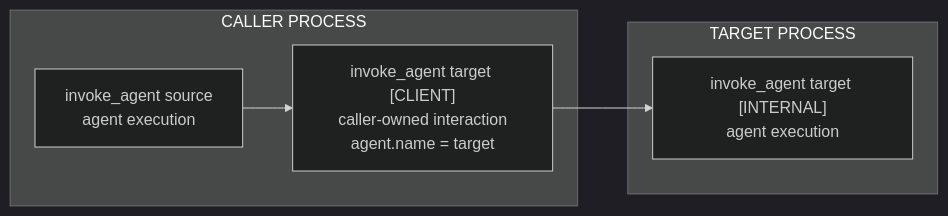
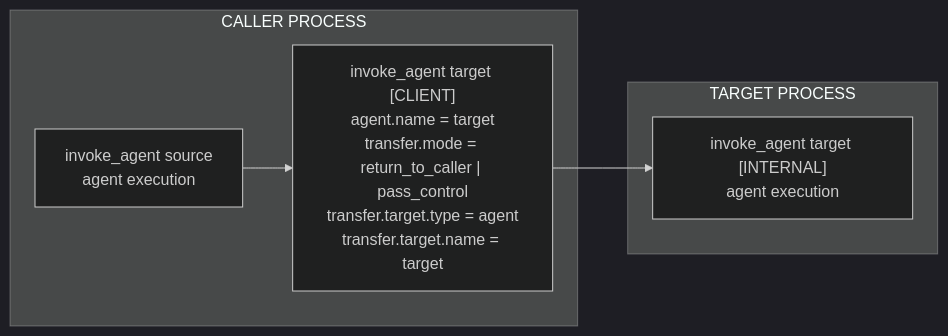
One commit to nikhilNava/semantic-conventions-genai changed the second of 2 diagrams in docs/gen-ai/gen-ai-agent-spans.md. Above: the diagram before and after it, drawn with Mermaid (dark theme). The commit also changed other lines of this file and 4 other files, not shown here.

````diff
--- a/docs/gen-ai/gen-ai-agent-spans.md
+++ b/docs/gen-ai/gen-ai-agent-spans.md
@@ -73,12 +78,12 @@
 ```mermaid
 flowchart LR
   subgraph C["CALLER PROCESS"]
     C1["invoke_agent source<br/>agent execution"]
-    C2["invoke_agent target [CLIENT]<br/>caller-owned interaction<br/>agent.name = target"]
+    C2["invoke_agent target [CLIENT]<br/>agent.name = target<br/>transfer.mode = return_to_caller | pass_control<br/>transfer.target.type = agent<br/>transfer.target.name = target"]
     C1 --> C2
   end
   subgraph T["TARGET PROCESS"]
     T1["invoke_agent target [INTERNAL]<br/>agent execution"]
   end
   C2 --> T1
 ```
````
